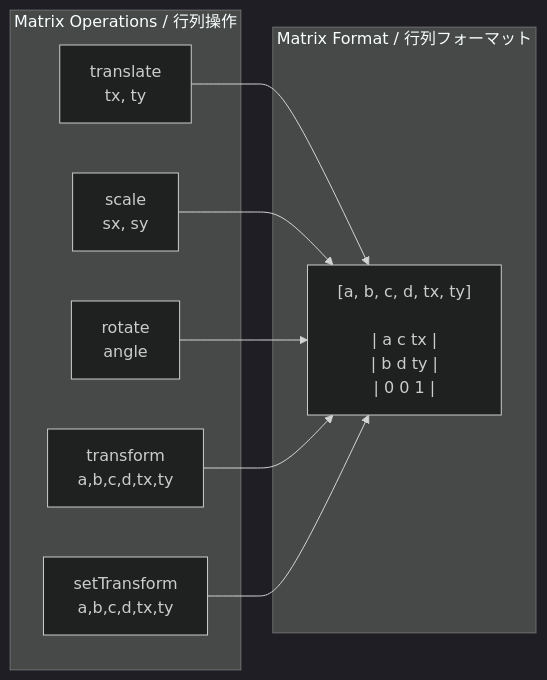
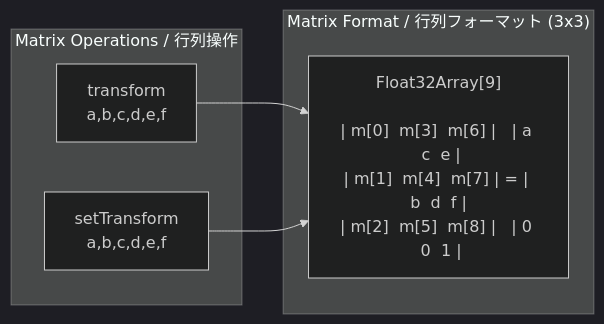
The fourth of 37 diagrams in packages/webgl/RENDERING_FLOW.md (Next2D/player), drawn with Mermaid (dark theme) before and after one commit. The commit also changed other lines of this file, not shown here.

````diff
--- a/packages/webgl/RENDERING_FLOW.md
+++ b/packages/webgl/RENDERING_FLOW.md
@@ -221,20 +228,14 @@
 ```mermaid
 flowchart LR
     subgraph "Matrix Operations / 行列操作"
-        T[translate<br/>tx, ty]
-        S[scale<br/>sx, sy]
-        R[rotate<br/>angle]
-        TF[transform<br/>a,b,c,d,tx,ty]
-        SET[setTransform<br/>a,b,c,d,tx,ty]
+        TF[transform<br/>a,b,c,d,e,f]
+        SET[setTransform<br/>a,b,c,d,e,f]
     end
 
-    subgraph "Matrix Format / 行列フォーマット"
-        M["[a, b, c, d, tx, ty]<br/><br/>| a  c  tx |<br/>| b  d  ty |<br/>| 0  0   1 |"]
+    subgraph "Matrix Format / 行列フォーマット (3x3)"
+        M["Float32Array[9]<br/><br/>| m[0]  m[3]  m[6] |   | a  c  e |<br/>| m[1]  m[4]  m[7] | = | b  d  f |<br/>| m[2]  m[5]  m[8] |   | 0  0  1 |"]
     end
 
-    T --> M
-    S --> M
-    R --> M
     TF --> M
     SET --> M
 ```
````
